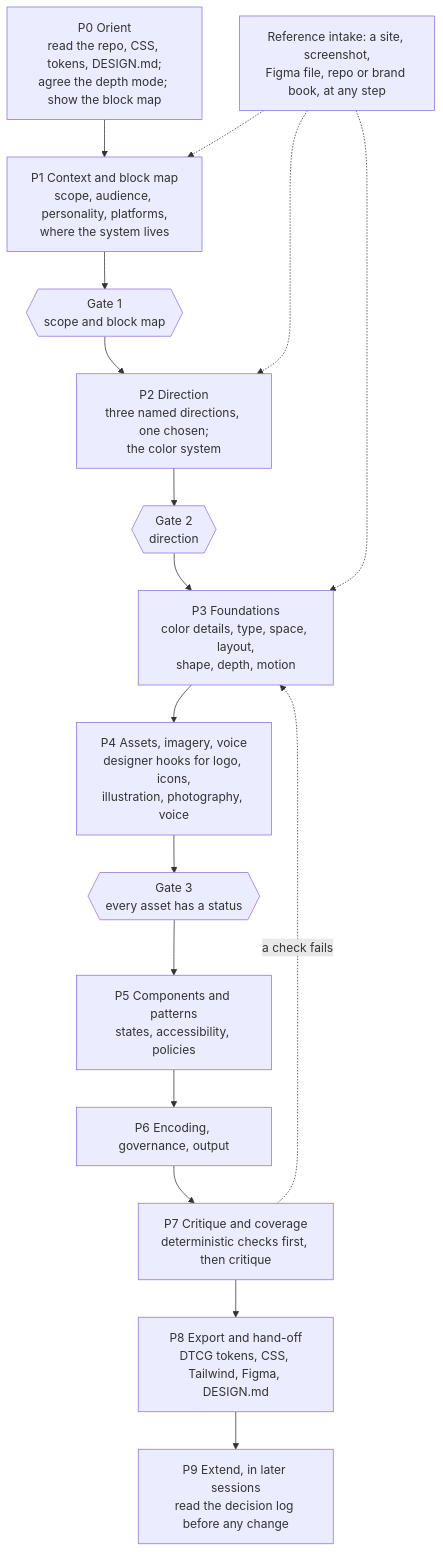
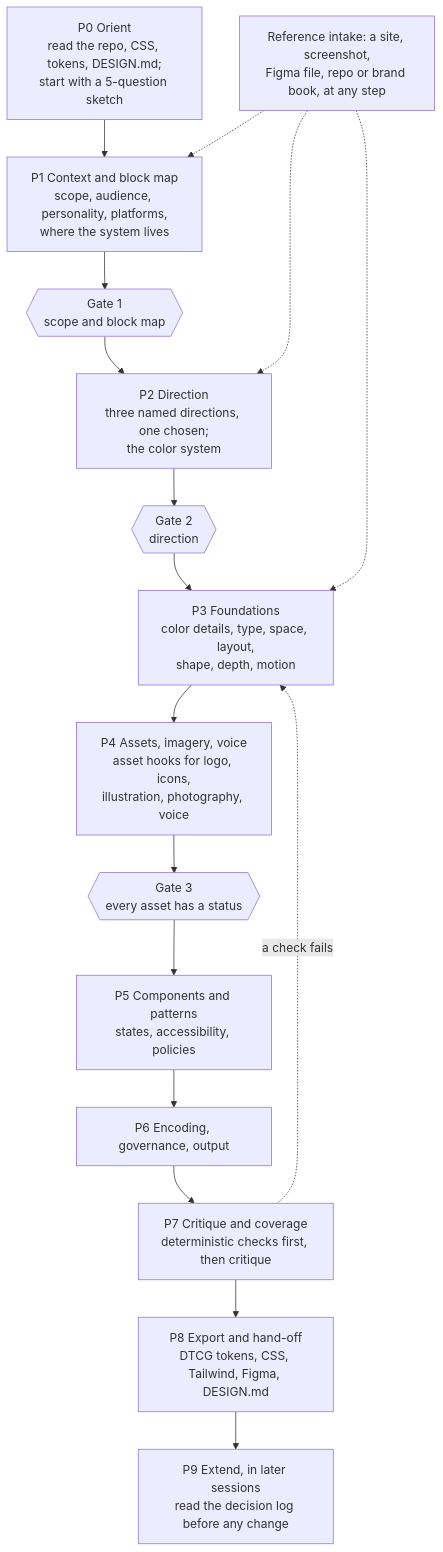
Before and after one commit to ckryptickunal/OpenDesigner: the diagram in docs/HOW-IT-WORKS.md, drawn with Mermaid. The commit also changed other lines of this file and 87 other files, not shown here.

First line of the commit message:
Checkpoint: V1 verification (161 claims, 49 corrections), S2 ontology and graph follow-ups, T1 journey tracker phase A with opt-in anonymous sharing (journey.py, PRIVACY.md, reference receiver), partial U4 plain-language edits; all checks green (48 tests)

````diff
--- a/docs/HOW-IT-WORKS.md
+++ b/docs/HOW-IT-WORKS.md
@@ -13,19 +18,19 @@
 ```mermaid
 flowchart TD
-  P0["P0 Orient<br/>read the repo, CSS, tokens, DESIGN.md;<br/>agree the depth mode; show the block map"] --> P1
+  P0["P0 Orient<br/>read the repo, CSS, tokens, DESIGN.md;<br/>start with a 5-question sketch"] --> P1
   P1["P1 Context and block map<br/>scope, audience, personality, platforms,<br/>where the system lives"] --> G1{{"Gate 1<br/>scope and block map"}}
   G1 --> P2["P2 Direction<br/>three named directions, one chosen;<br/>the color system"]
   P2 --> G2{{"Gate 2<br/>direction"}}
   G2 --> P3["P3 Foundations<br/>color details, type, space, layout,<br/>shape, depth, motion"]
-  P3 --> P4["P4 Assets, imagery, voice<br/>designer hooks for logo, icons,<br/>illustration, photography, voice"]
+  P3 --> P4["P4 Assets, imagery, voice<br/>asset hooks for logo, icons,<br/>illustration, photography, voice"]
   P4 --> G3{{"Gate 3<br/>every asset has a status"}}
   G3 --> P5["P5 Components and patterns<br/>states, accessibility, policies"]
   P5 --> P6["P6 Encoding, governance, output"]
   P6 --> P7["P7 Critique and coverage<br/>deterministic checks first, then critique"]
   P7 --> P8["P8 Export and hand-off<br/>DTCG tokens, CSS, Tailwind, Figma, DESIGN.md"]
   P8 --> P9["P9 Extend, in later sessions<br/>read the decision log before any change"]
   R["Reference intake: a site, screenshot,<br/>Figma file, repo or brand book, at any step"] -.-> P1
   R -.-> P2
   R -.-> P3
   P7 -. "a check fails" .-> P3
 ```
````
